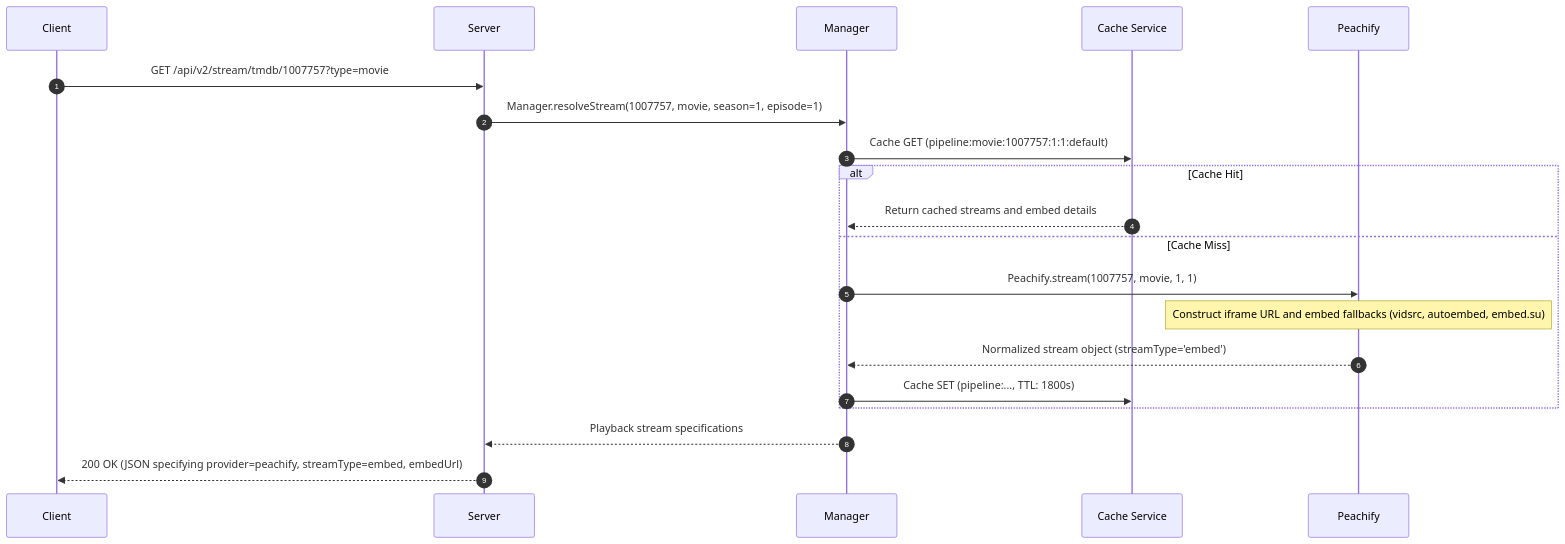
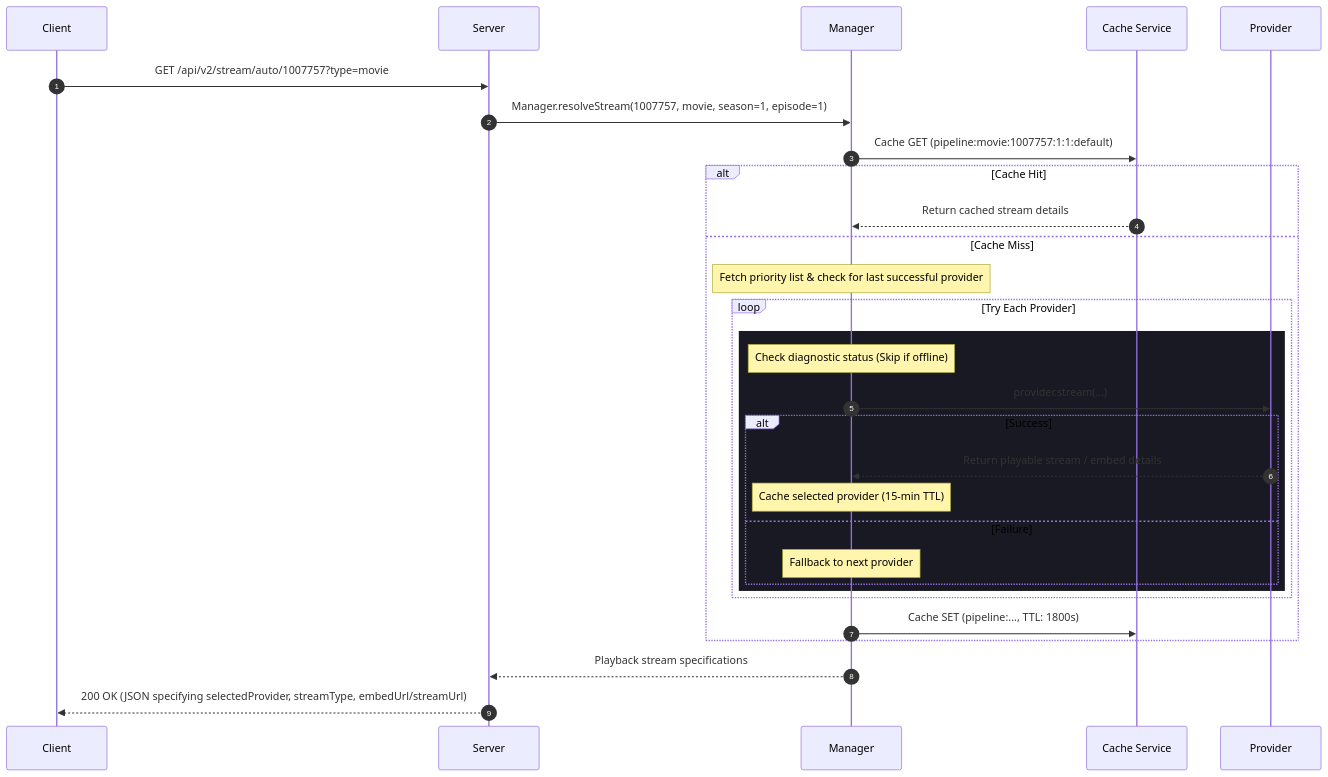
Before and after one commit to Kalaitechtubee/MovieZon-api: the fourth of 5 diagrams in api_flow_documentation.md, drawn with Mermaid. The commit also changed other lines of this file and 25 other files, not shown here.

````diff
--- a/api_flow_documentation.md
+++ b/api_flow_documentation.md
@@ -131,19 +143,29 @@
 ```mermaid
 sequenceDiagram
     autonumber
-    Client->>Server: GET /api/v2/stream/tmdb/1007757?type=movie
+    Client->>Server: GET /api/v2/stream/auto/1007757?type=movie
     Server->>Manager: Manager.resolveStream(1007757, movie, season=1, episode=1)
     
     Manager->>Cache Service: Cache GET (pipeline:movie:1007757:1:1:default)
     alt Cache Hit
-        Cache Service-->>Manager: Return cached streams and embed details
+        Cache Service-->>Manager: Return cached stream details
     else Cache Miss
-        Manager->>Peachify: Peachify.stream(1007757, movie, 1, 1)
-        Note over Peachify: Construct iframe URL and embed fallbacks (vidsrc, autoembed, embed.su)
-        Peachify-->>Manager: Normalized stream object (streamType='embed')
+        Note over Manager: Fetch priority list & check for last successful provider
+        loop Try Each Provider
+            rect rgb(25, 25, 35)
+                Note over Manager: Check diagnostic status (Skip if offline)
+                Manager->>Provider: provider.stream(...)
+                alt Success
+                    Provider-->>Manager: Return playable stream / embed details
+                    Note over Manager: Cache selected provider (15-min TTL)
+                else Failure
+                    Note over Manager: Fallback to next provider
+                end
+            end
+        end
         Manager->>Cache Service: Cache SET (pipeline:..., TTL: 1800s)
     end
     
     Manager-->>Server: Playback stream specifications
-    Server-->>Client: 200 OK (JSON specifying provider=peachify, streamType=embed, embedUrl)
+    Server-->>Client: 200 OK (JSON specifying selectedProvider, streamType, embedUrl/streamUrl)
 ```
````
